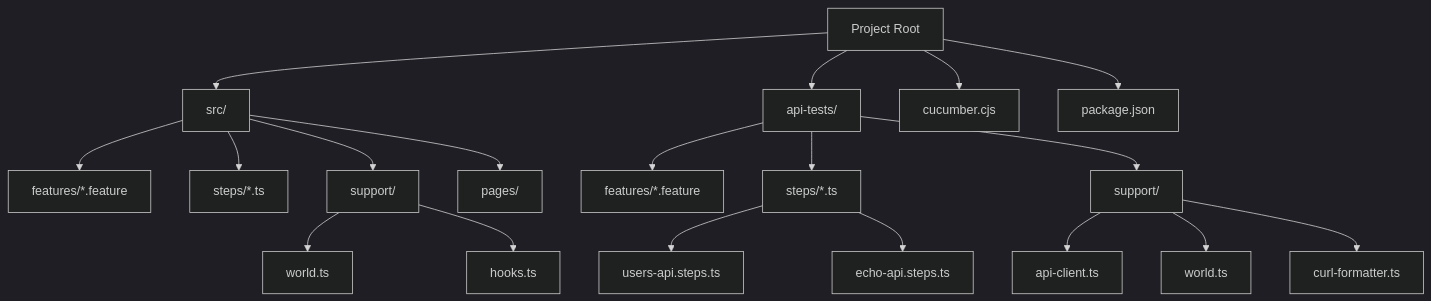
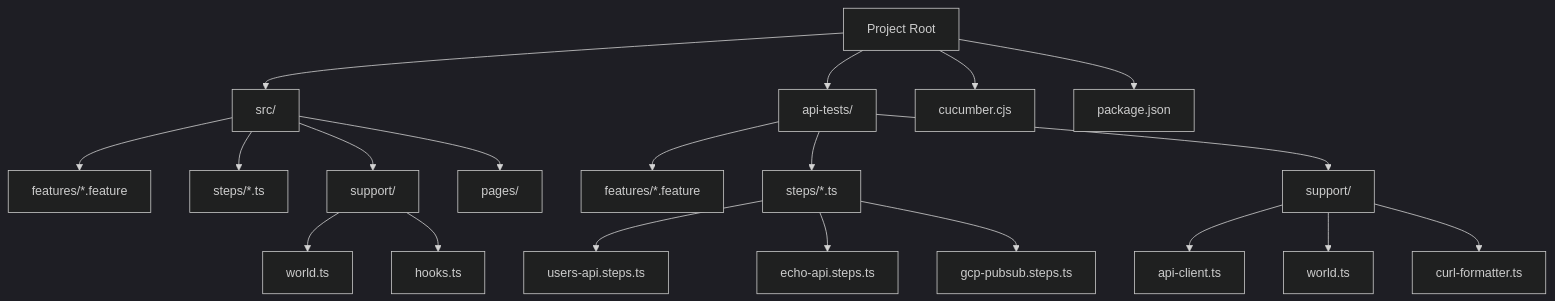
Before and after one commit to mnashed13/Playwright-testing-framework: the diagram in Readme.md, drawn with Mermaid (dark theme). The commit also changed other lines of this file and 2 other files, not shown here.

First line of the commit message:
Add GCP Pub/Sub BDD testing support

````diff
--- a/Readme.md
+++ b/Readme.md
@@ -88,26 +88,27 @@
 ```mermaid
 graph TD
     A[Project Root] --> B[src/]
     A --> C[api-tests/]
     A --> D[cucumber.cjs]
     A --> E[package.json]
 
     B --> F[features/*.feature]
     B --> G[steps/*.ts]
     B --> H[support/]
     B --> I[pages/]
 
     C --> J[features/*.feature]
     C --> K[steps/*.ts]
     C --> L[support/]
 
     K --> K1[users-api.steps.ts]
     K --> K2[echo-api.steps.ts]
+    K --> K3[gcp-pubsub.steps.ts]
 
     L --> L1[api-client.ts]
     L --> L2[world.ts]
     L --> L3[curl-formatter.ts]
 
     H --> H1[world.ts]
     H --> H2[hooks.ts]
 ```
````
